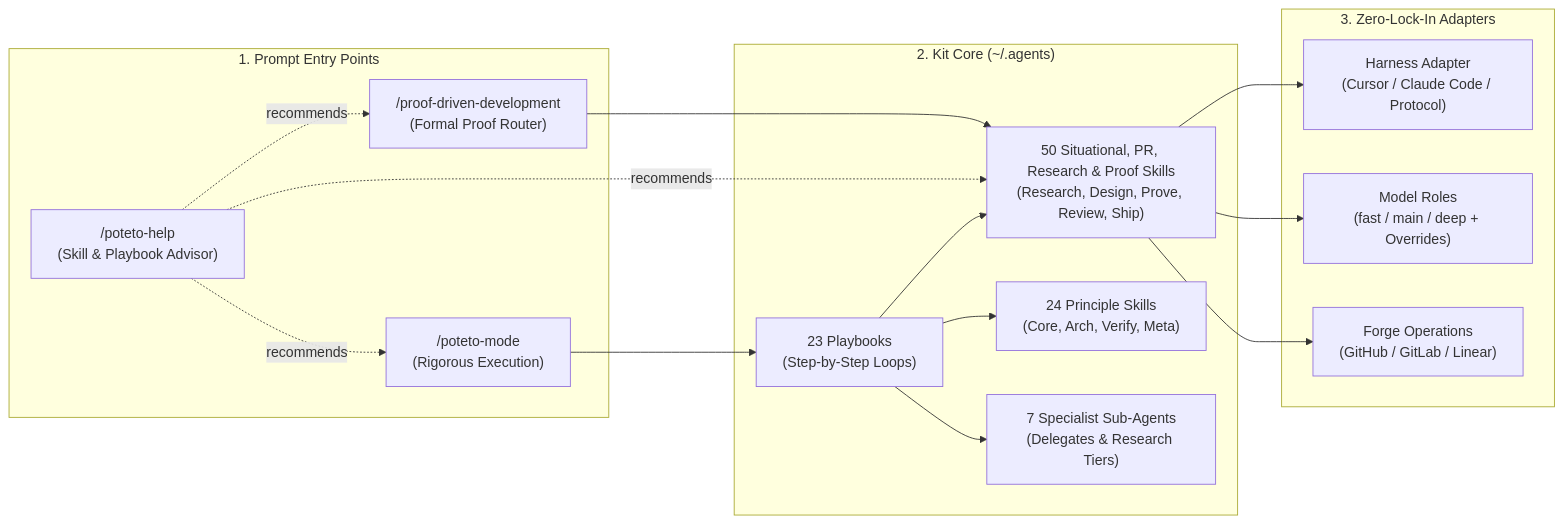
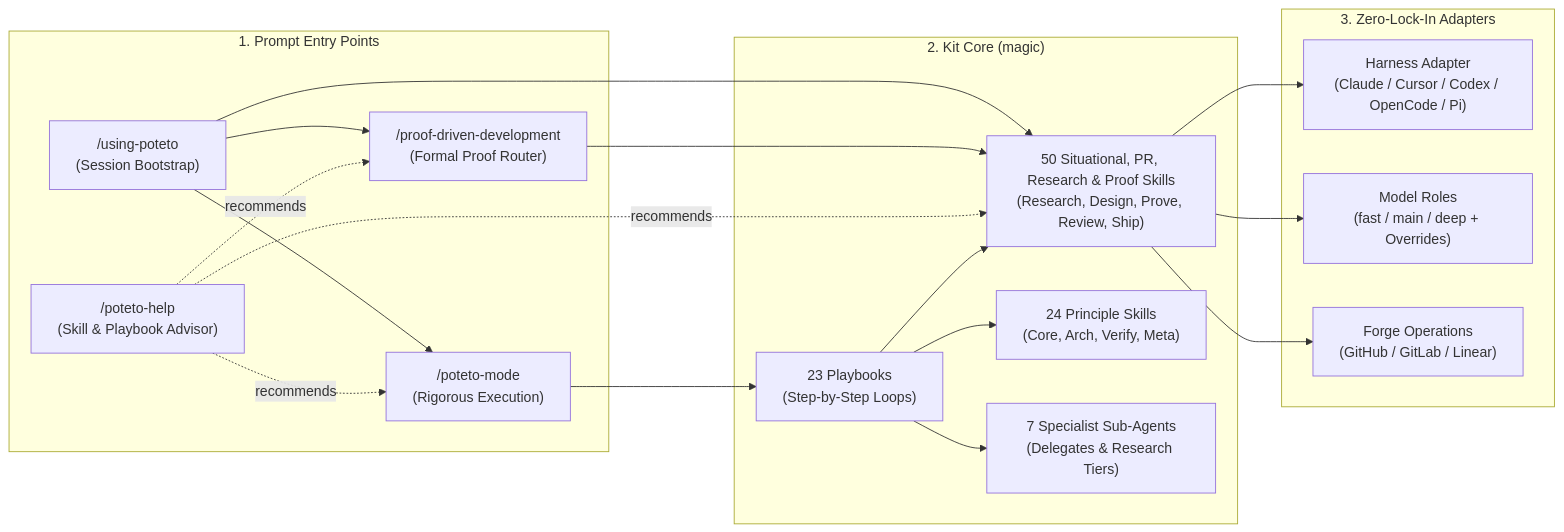
One commit to PhillipChaffee/.agents changed the first of 3 diagrams in README.md. Above: the diagram before and after it, drawn with Mermaid. The commit also changed other lines of this file and 20 other files, not shown here.

````diff
--- a/README.md
+++ b/README.md
@@ -11,27 +81,29 @@
 ```mermaid
 flowchart LR
     subgraph Input["1. Prompt Entry Points"]
+        UP["/using-poteto<br/>(Session Bootstrap)"]
         PM["/poteto-mode<br/>(Rigorous Execution)"]
         PDD["/proof-driven-development<br/>(Formal Proof Router)"]
         PH["/poteto-help<br/>(Skill & Playbook Advisor)"]
     end
 
-    subgraph Engine["2. Kit Core (~/.agents)"]
+    subgraph Engine["2. Kit Core (magic)"]
         PB["23 Playbooks<br/>(Step-by-Step Loops)"]
         SK["50 Situational, PR, Research & Proof Skills<br/>(Research, Design, Prove, Review, Ship)"]
         PR["24 Principle Skills<br/>(Core, Arch, Verify, Meta)"]
         AG["7 Specialist Sub-Agents<br/>(Delegates & Research Tiers)"]
     end
 
     subgraph Adapters["3. Zero-Lock-In Adapters"]
-        HarnessAdapter["Harness Adapter<br/>(Cursor / Claude Code / Protocol)"]
+        HarnessAdapter["Harness Adapter<br/>(Claude / Cursor / Codex / OpenCode / Pi)"]
         ModelRoles["Model Roles<br/>(fast / main / deep + Overrides)"]
         ForgeOps["Forge Operations<br/>(GitHub / GitLab / Linear)"]
     end
 
+    UP --> PM & PDD & SK
     PM --> PB
     PDD --> SK
     PH -.->|"recommends"| PM & PDD & SK
     PB --> SK & PR & AG
     SK --> HarnessAdapter & ModelRoles & ForgeOps
 ```
````
